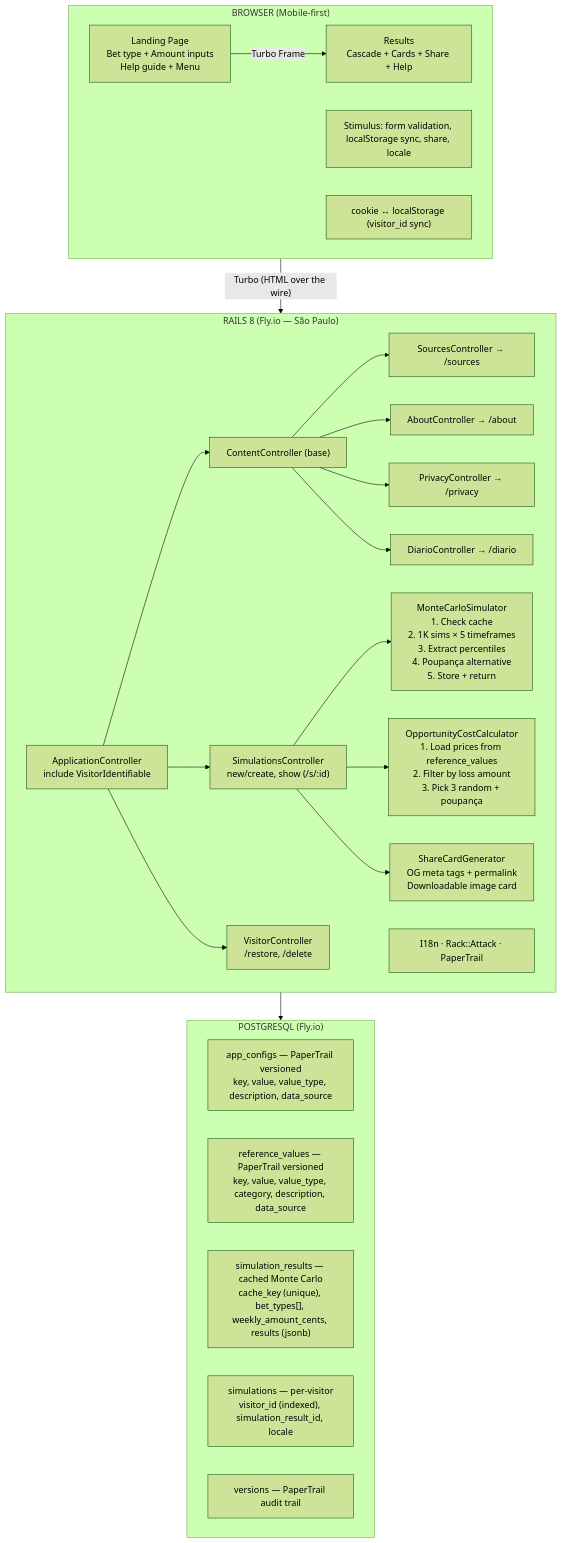
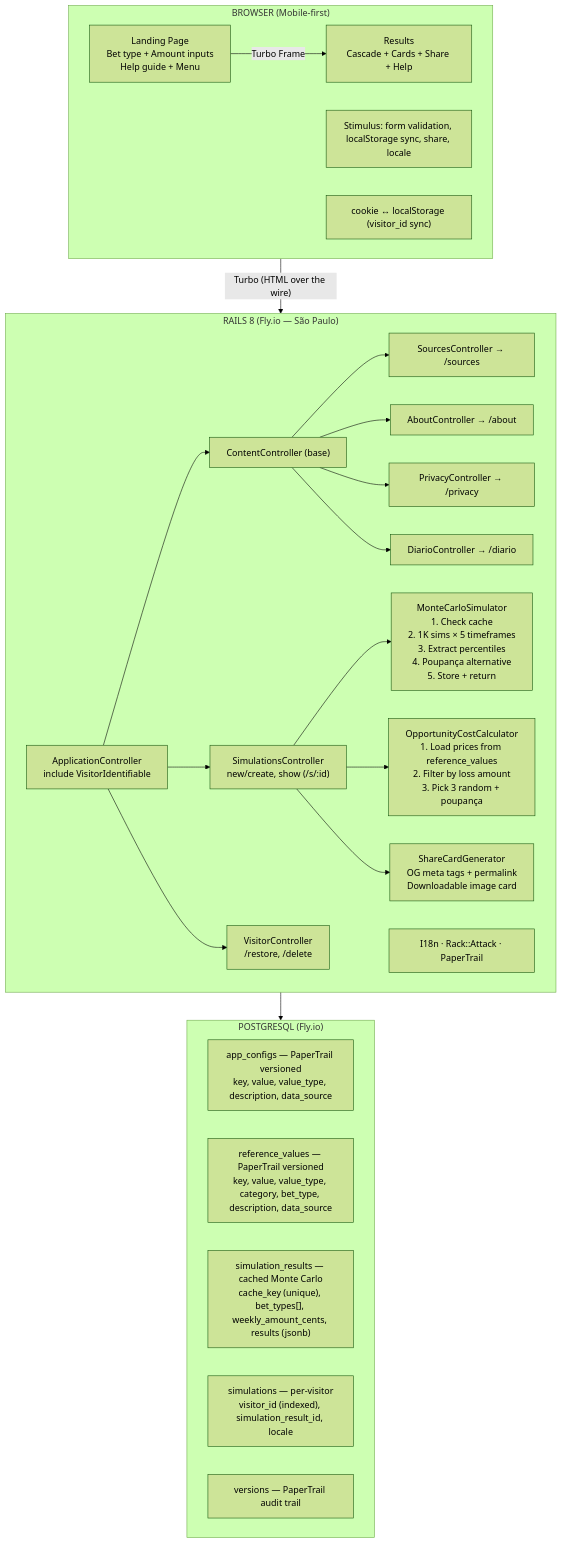
Before and after one commit to giobottesi/you-bet: the diagram in docs/ARCHITECTURE.md, drawn with Mermaid (forest theme). The commit also changed other lines of this file and 12 other files, not shown here.

First line of the commit message:
BE 09 prep: bet_type column + ReferenceValueUpsert, BetType read object

````diff
--- a/docs/ARCHITECTURE.md
+++ b/docs/ARCHITECTURE.md
@@ -24,39 +24,39 @@
 ```mermaid
 graph TD
     subgraph BROWSER ["BROWSER (Mobile-first)"]
         LP["Landing Page\nBet type + Amount inputs\nHelp guide + Menu"]
         LP -->|Turbo Frame| RES["Results\nCascade + Cards + Share + Help"]
         STIM["Stimulus: form validation, localStorage sync, share, locale"]
         COOKIE["cookie ↔ localStorage (visitor_id sync)"]
     end
 
     BROWSER -->|"Turbo (HTML over the wire)"| RAILS
 
     subgraph RAILS ["RAILS 8 (Fly.io — São Paulo)"]
         AC["ApplicationController\ninclude VisitorIdentifiable"]
         AC --> SC["SimulationsController\nnew/create, show (/s/:id)"]
         AC --> CC["ContentController (base)"]
         AC --> VC["VisitorController\n/restore, /delete"]
 
         CC --> SRC["SourcesController → /sources"]
         CC --> ABT["AboutController → /about"]
         CC --> PRV["PrivacyController → /privacy"]
         CC --> DIA["DiarioController → /diario"]
 
         SC --> MCS["MonteCarloSimulator\n1. Check cache\n2. 1K sims × 5 timeframes\n3. Extract percentiles\n4. Poupança alternative\n5. Store + return"]
         SC --> OCC["OpportunityCostCalculator\n1. Load prices from reference_values\n2. Filter by loss amount\n3. Pick 3 random + poupança"]
         SC --> SCG["ShareCardGenerator\nOG meta tags + permalink\nDownloadable image card"]
 
         INFRA["I18n · Rack::Attack · PaperTrail"]
     end
 
     RAILS --> DB
 
     subgraph DB ["POSTGRESQL (Fly.io)"]
         T1["app_configs — PaperTrail versioned\nkey, value, value_type, description, data_source"]
-        T2["reference_values — PaperTrail versioned\nkey, value, value_type, category, description, data_source"]
+        T2["reference_values — PaperTrail versioned\nkey, value, value_type, category, bet_type, description, data_source"]
         T3["simulation_results — cached Monte Carlo\ncache_key (unique), bet_types[], weekly_amount_cents, results (jsonb)"]
         T4["simulations — per-visitor\nvisitor_id (indexed), simulation_result_id, locale"]
         T5["versions — PaperTrail audit trail"]
     end
 ```
````
